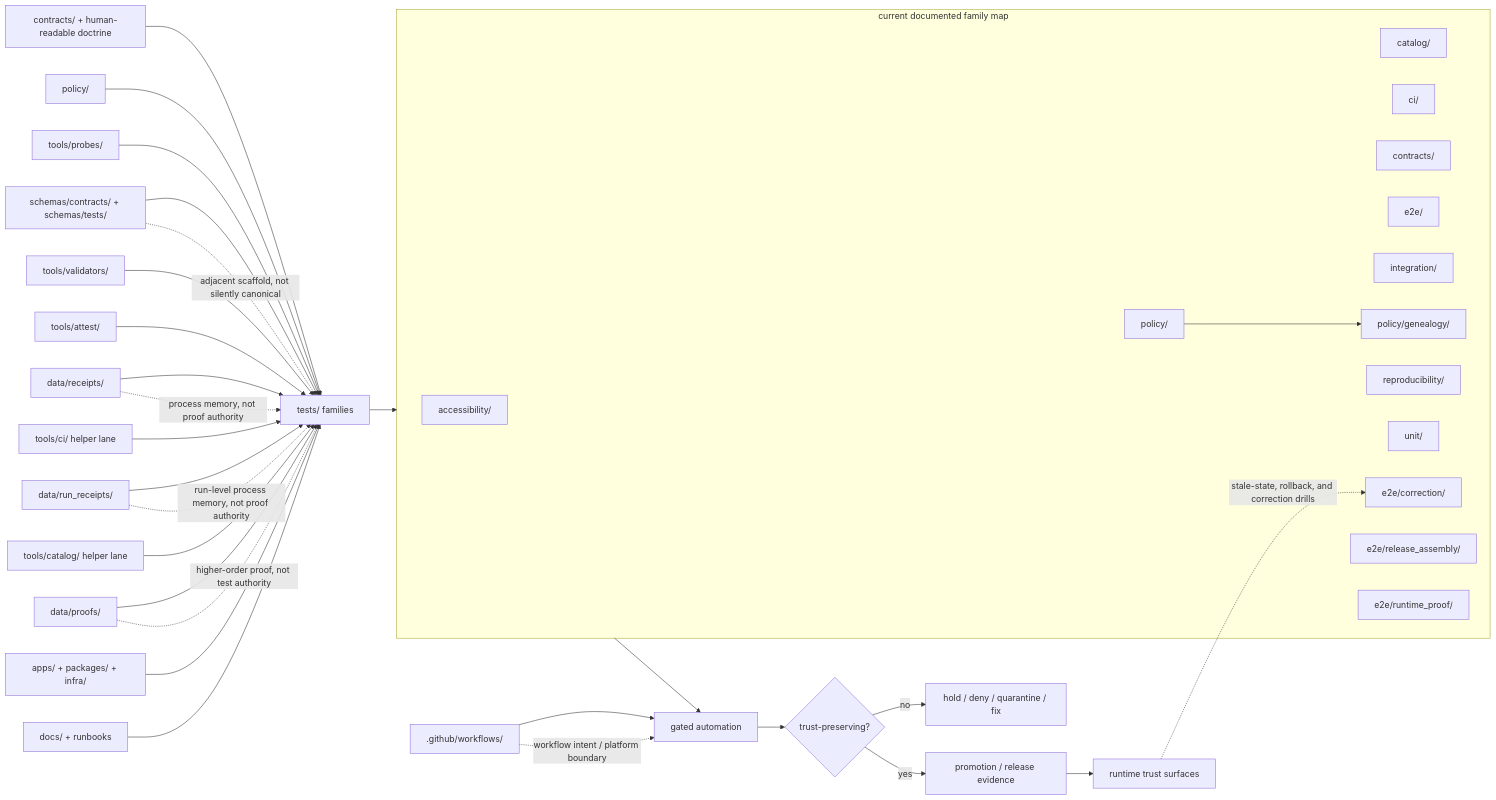
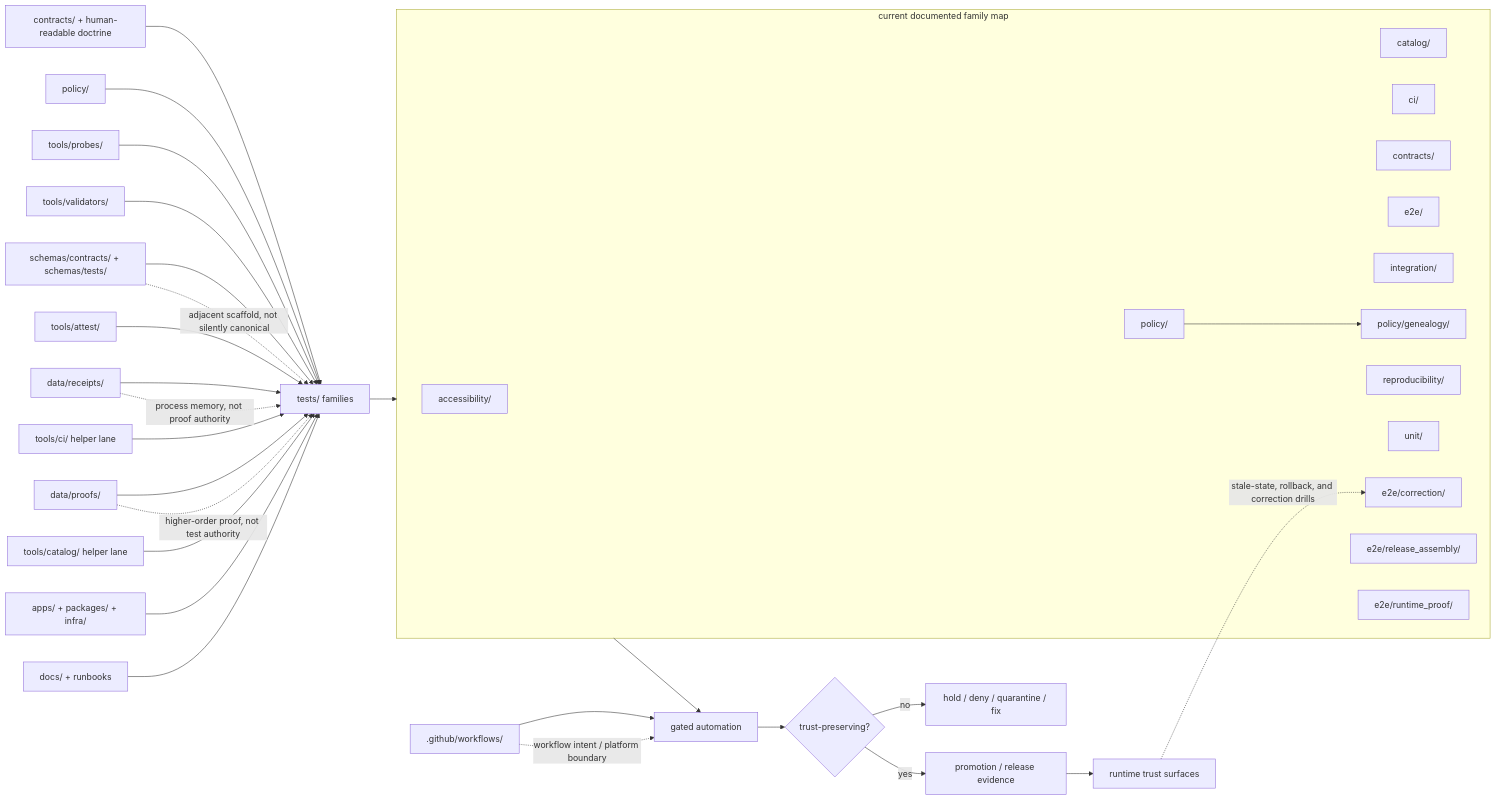
The diagram in tests/README.md (bartytime4life/Kansas-Frontier-Matrix), drawn with Mermaid before and after one commit. The commit also changed other lines of this file, not shown here.

````diff
--- a/tests/README.md
+++ b/tests/README.md
@@ -588,49 +585,47 @@
 ```mermaid
 flowchart LR
     C["contracts/ + human-readable doctrine"] --> T["tests/ families"]
     SC["schemas/contracts/ + schemas/tests/"] --> T
     P["policy/"] --> T
     DR["data/receipts/"] --> T
-    DRR["data/run_receipts/"] --> T
     DP["data/proofs/"] --> T
     PR["tools/probes/"] --> T
     V["tools/validators/"] --> T
     AT["tools/attest/"] --> T
     H["tools/ci/ helper lane"] --> T
     HC["tools/catalog/ helper lane"] --> T
     A["apps/ + packages/ + infra/"] --> T
     D["docs/ + runbooks"] --> T
     W[".github/workflows/"] --> G["gated automation"]
 
     subgraph F["current documented family map"]
       AX["accessibility/"]
       CA["catalog/"]
       CI["ci/"]
       K["contracts/"]
       E["e2e/"]
       I["integration/"]
       PO["policy/"]
       PG["policy/genealogy/"]
       R["reproducibility/"]
       U["unit/"]
       EC["e2e/correction/"]
       ER["e2e/release_assembly/"]
       EP["e2e/runtime_proof/"]
     end
 
     T --> F
     PO --> PG
     F --> G
     G --> Q{"trust-preserving?"}
 
     Q -->|no| H2["hold / deny / quarantine / fix"]
     Q -->|yes| PRM["promotion / release evidence"]
     PRM --> RT["runtime trust surfaces"]
 
     RT -. stale-state, rollback, and correction drills .-> EC
     W -. workflow intent / platform boundary .-> G
     SC -. adjacent scaffold, not silently canonical .-> T
     DR -. process memory, not proof authority .-> T
-    DRR -. run-level process memory, not proof authority .-> T
     DP -. higher-order proof, not test authority .-> T
 ```
````
